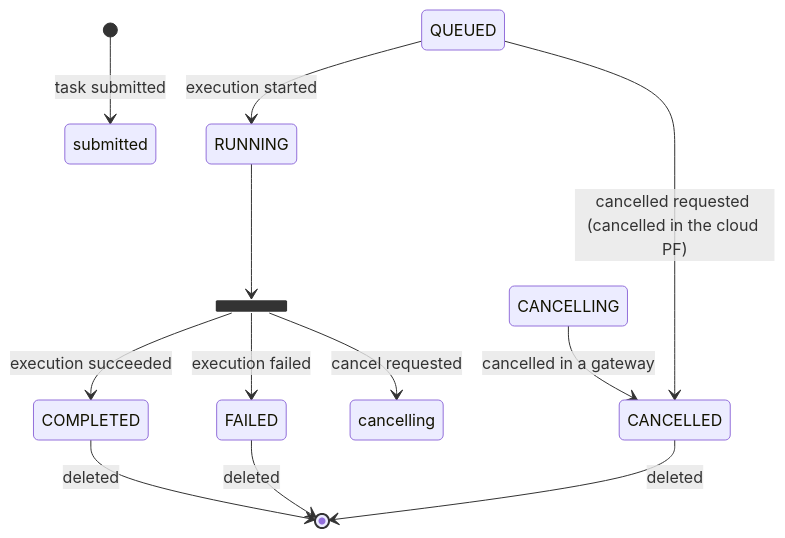
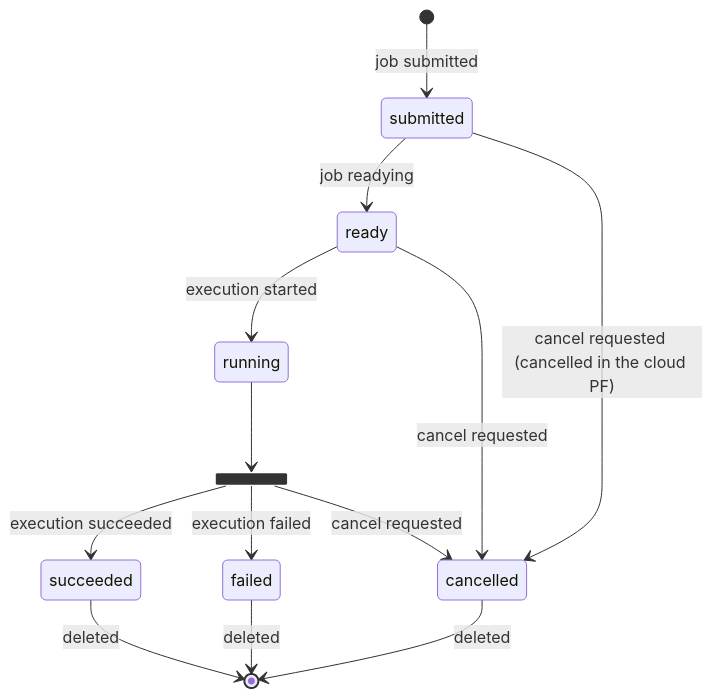
The diagram in docs/en/architecture/task_state_transition_diagram.md (oqtopus-team/oqtopus-cloud), drawn with Mermaid before and after one commit. The commit also changed other lines of this file and 37 other files, not shown here.

````diff
--- a/docs/en/architecture/task_state_transition_diagram.md
+++ b/docs/en/architecture/task_state_transition_diagram.md
@@ -6,20 +3,21 @@
 ```mermaid
 stateDiagram-v2
-  [*] --> submitted :task submitted
+    [*] --> submitted :job submitted
 
-  QUEUED --> RUNNING :execution started
-  
-  state join_state <<join>>
-  RUNNING --> join_state
-  
-  state join_state <<fork>>
-  join_state --> COMPLETED :execution succeeded
-  join_state --> FAILED :execution failed
-  join_state --> cancelling :cancel requested
-  
-  COMPLETED --> [*] :deleted
-  FAILED --> [*] :deleted
-  CANCELLING --> CANCELLED :cancelled in a gateway
-  QUEUED --> CANCELLED :cancelled requested (cancelled in the cloud PF)
-  CANCELLED --> [*] :deleted
+    submitted --> ready : job readying
+    ready --> running : execution started
+
+    state join_state <<join>>
+    running --> join_state
+
+    state join_state <<fork>>
+    join_state --> succeeded :execution succeeded
+    join_state --> failed :execution failed
+    join_state --> cancelled :cancel requested
+
+    succeeded --> [*] :deleted
+    failed --> [*] :deleted
+    submitted --> cancelled :cancel requested (cancelled in the cloud PF)
+    ready --> cancelled :cancel requested
+    cancelled --> [*] :deleted
 ```
````
